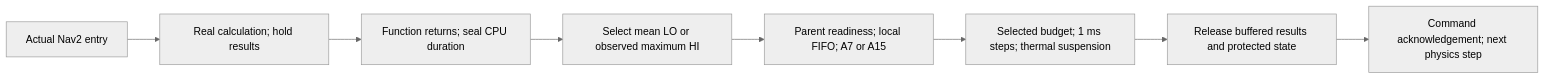
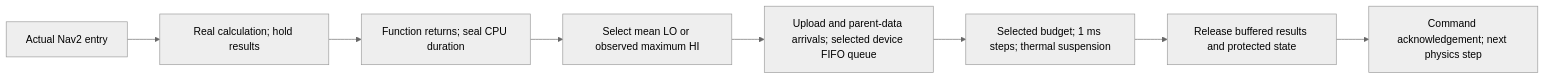
The diagram in docs/live-bridge.en.md (JavadiSM/nav2-monaco-scheduling-modeling), drawn with Mermaid (neutral theme) before and after one commit. The commit also changed other lines of this file and 213 other files, not shown here.

````diff
--- a/docs/live-bridge.en.md
+++ b/docs/live-bridge.en.md
@@ -58,10 +52,10 @@
 ```mermaid
 flowchart LR
     A[Actual Nav2 entry] --> B[Real calculation; hold results]
     B --> C[Function returns; seal CPU duration]
     C --> D[Select mean LO or observed maximum HI]
-    D --> E[Parent readiness; local FIFO; A7 or A15]
+    D --> E[Upload and parent-data arrivals; selected device FIFO queue]
     E --> F[Selected budget; 1 ms steps; thermal suspension]
     F --> G[Release buffered results and protected state]
     G --> H[Command acknowledgement; next physics step]
 ```
````
